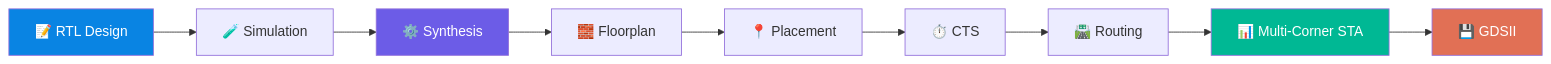
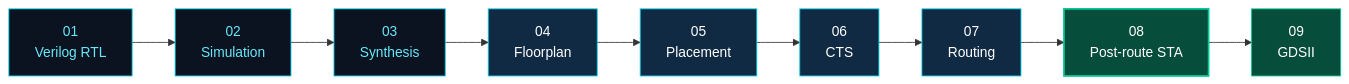
The second of 2 diagrams in Four-Slot-Smart-Parking-ASIC/README.md (Sushmitha761/VSD_RTL-Design-Workshop1), drawn with Mermaid before and after one commit. The commit also changed other lines of this file, not shown here.

````diff
--- a/Four-Slot-Smart-Parking-ASIC/README.md
+++ b/Four-Slot-Smart-Parking-ASIC/README.md
@@ -103,15 +81,21 @@
 ```mermaid
 flowchart LR
-    A["📝 RTL Design"] --> B["🧪 Simulation"]
-    B --> C["⚙️ Synthesis"]
-    C --> D["🧱 Floorplan"]
-    D --> E["📍 Placement"]
-    E --> F["⏱️ CTS"]
-    F --> G["🛣️ Routing"]
-    G --> H["📊 Multi-Corner STA"]
-    H --> I["💾 GDSII"]
-    style A fill:#0984E3,color:#FFFFFF
-    style C fill:#6C5CE7,color:#FFFFFF
-    style H fill:#00B894,color:#FFFFFF
-    style I fill:#E17055,color:#FFFFFF
+    A["01<br/>Verilog RTL"] --> B["02<br/>Simulation"]
+    B --> C["03<br/>Synthesis"]
+    C --> D["04<br/>Floorplan"]
+    D --> E["05<br/>Placement"]
+    E --> F["06<br/>CTS"]
+    F --> G["07<br/>Routing"]
+    G --> H["08<br/>Post-route STA"]
+    H --> I["09<br/>GDSII"]
+
+    style A fill:#0B1220,color:#67E8F9,stroke:#00CFE8
+    style B fill:#0B1220,color:#67E8F9,stroke:#00CFE8
+    style C fill:#0B1220,color:#67E8F9,stroke:#00CFE8
+    style D fill:#102A43,color:#FFFFFF,stroke:#00CFE8
+    style E fill:#102A43,color:#FFFFFF,stroke:#00CFE8
+    style F fill:#102A43,color:#FFFFFF,stroke:#00CFE8
+    style G fill:#102A43,color:#FFFFFF,stroke:#00CFE8
+    style H fill:#064E3B,color:#FFFFFF,stroke:#00C896,stroke-width:2px
+    style I fill:#064E3B,color:#FFFFFF,stroke:#00C896
 ```
````
